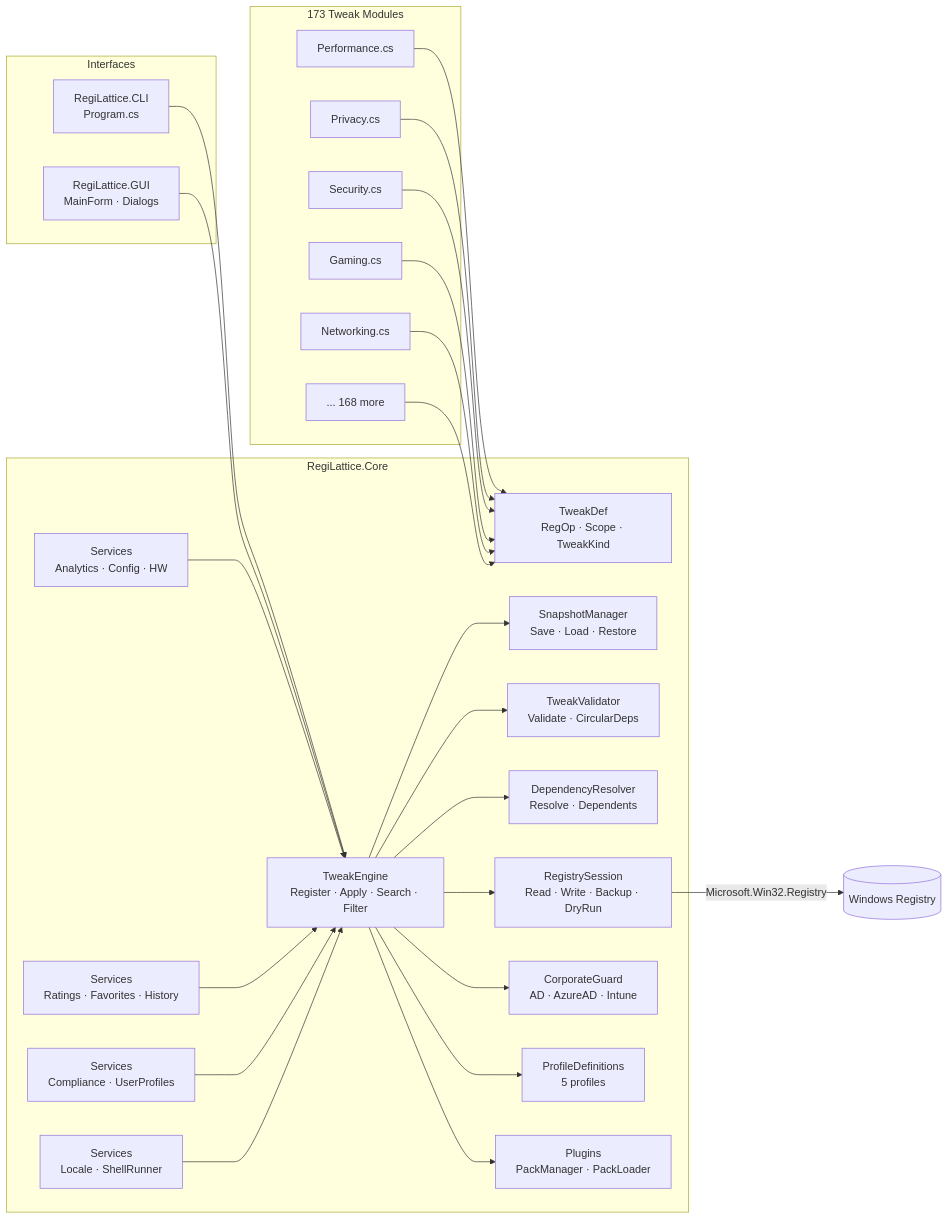
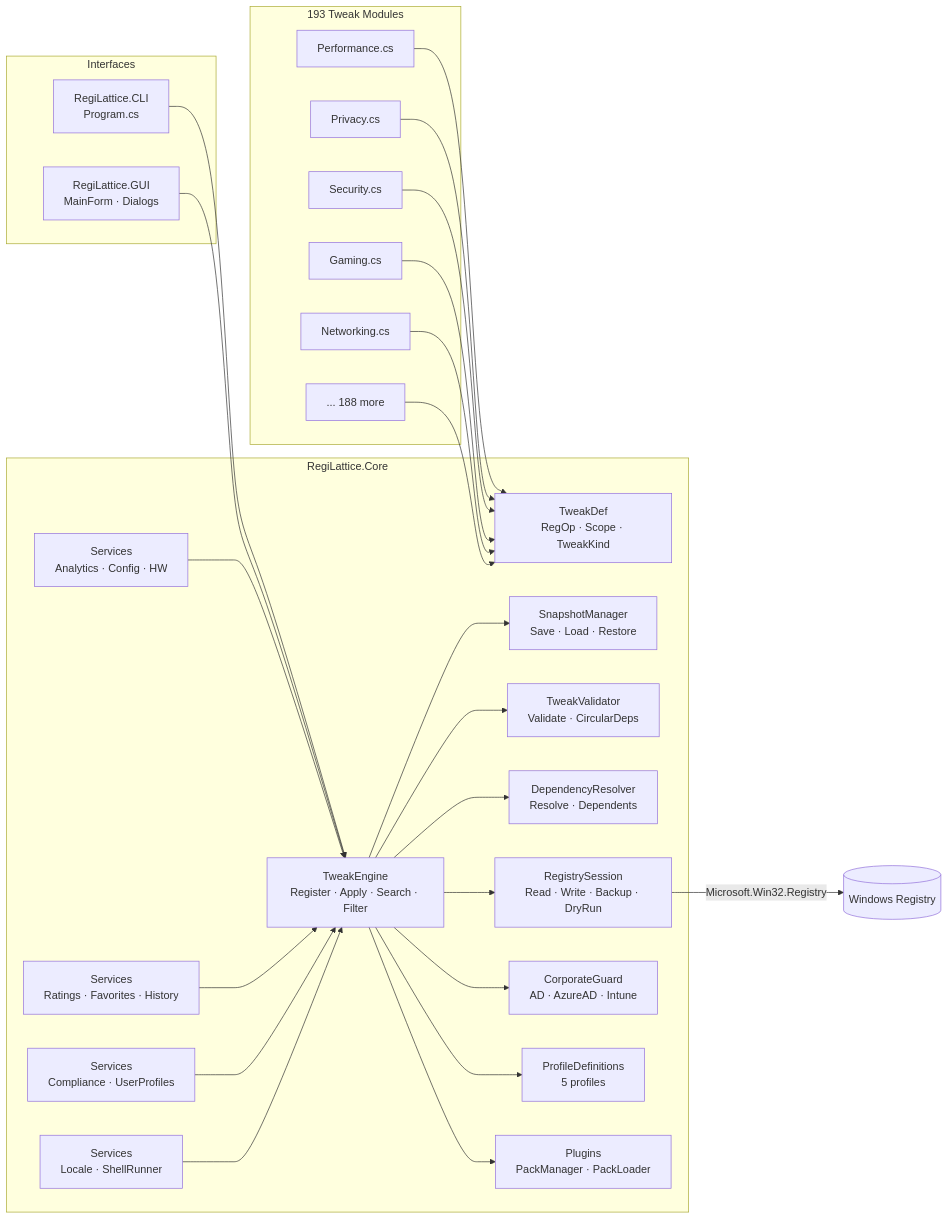
Before and after one commit to RajwanYair/RegiLattice: the diagram in README.md, drawn with Mermaid. The commit also changed other lines of this file, not shown here.

First line of the commit message:
docs(readme): restore architecture diagram counts + expand GitHub SEO keywords

````diff
--- a/README.md
+++ b/README.md
@@ -67,53 +69,53 @@
 ```mermaid
 graph LR
     subgraph Interfaces
         CLI[RegiLattice.CLI<br/>Program.cs]
         GUI[RegiLattice.GUI<br/>MainForm · Dialogs]
     end
 
     subgraph Core["RegiLattice.Core"]
         TE[TweakEngine<br/>Register · Apply · Search · Filter]
         SM[SnapshotManager<br/>Save · Load · Restore]
         TV[TweakValidator<br/>Validate · CircularDeps]
         DR[DependencyResolver<br/>Resolve · Dependents]
         TD[TweakDef<br/>RegOp · Scope · TweakKind]
         RS[RegistrySession<br/>Read · Write · Backup · DryRun]
         CG[CorporateGuard<br/>AD · AzureAD · Intune]
         PD[ProfileDefinitions<br/>5 profiles]
         SV[Services<br/>Analytics · Config · HW]
         SV2[Services<br/>Ratings · Favorites · History]
         SV3[Services<br/>Compliance · UserProfiles]
         SV4[Services<br/>Locale · ShellRunner]
         PM[Plugins<br/>PackManager · PackLoader]
     end
 
-    subgraph Tweaks["173 Tweak Modules"]
+    subgraph Tweaks["193 Tweak Modules"]
         T1[Performance.cs]
         T2[Privacy.cs]
         T3[Security.cs]
         T4[Gaming.cs]
         T5[Networking.cs]
-        TN[... 168 more]
+        TN[... 188 more]
     end
 
     CLI --> TE
     GUI --> TE
     TE --> SM
     TE --> TV
     TE --> DR
     TE --> RS
     TE --> CG
     TE --> PD
     TE --> PM
     SV --> TE
     SV2 --> TE
     SV3 --> TE
     SV4 --> TE
     T1 --> TD
     T2 --> TD
     T3 --> TD
     T4 --> TD
     T5 --> TD
     TN --> TD
     RS -->|Microsoft.Win32.Registry| WR[(Windows Registry)]
 ```
````
